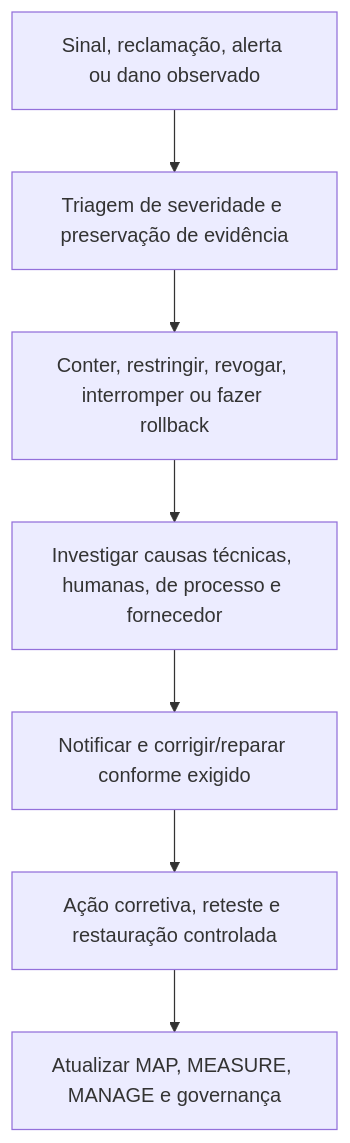
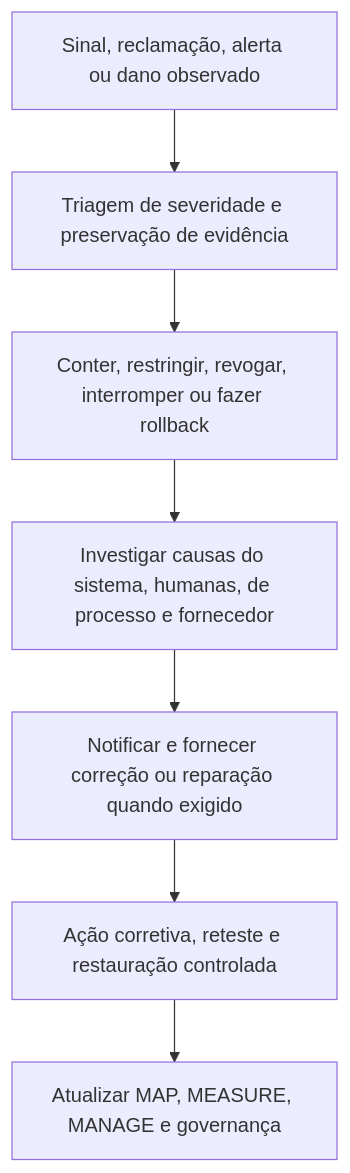
Before and after one commit to Chpmunk31456/GRC-Practical-Manuals: the third of 3 diagrams in 01-foundations/NIST_AI_RMF_1.0/pt-BR/source/04_MANAGE_CHAPTERS_25_32.md, drawn with Mermaid. The commit also changed other lines of this file, not shown here.

````diff
--- a/01-foundations/NIST_AI_RMF_1.0/pt-BR/source/04_MANAGE_CHAPTERS_25_32.md
+++ b/01-foundations/NIST_AI_RMF_1.0/pt-BR/source/04_MANAGE_CHAPTERS_25_32.md
@@ -82,9 +248,9 @@
 ```mermaid
 flowchart TD
     A["Sinal, reclamação, alerta ou dano observado"] --> B["Triagem de severidade e preservação de evidência"]
     B --> C["Conter, restringir, revogar, interromper ou fazer rollback"]
-    C --> D["Investigar causas técnicas, humanas, de processo e fornecedor"]
-    D --> E["Notificar e corrigir/reparar conforme exigido"]
+    C --> D["Investigar causas do sistema, humanas, de processo e fornecedor"]
+    D --> E["Notificar e fornecer correção ou reparação quando exigido"]
     E --> F["Ação corretiva, reteste e restauração controlada"]
     F --> G["Atualizar MAP, MEASURE, MANAGE e governança"]
 ```
````
